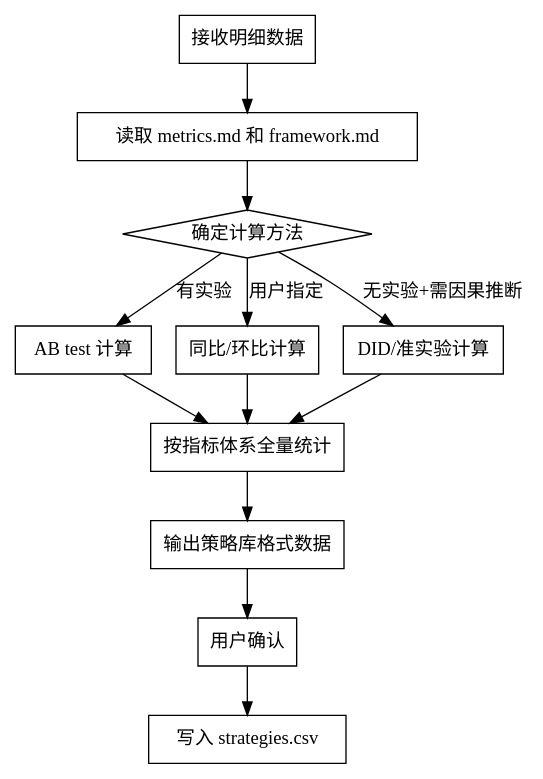
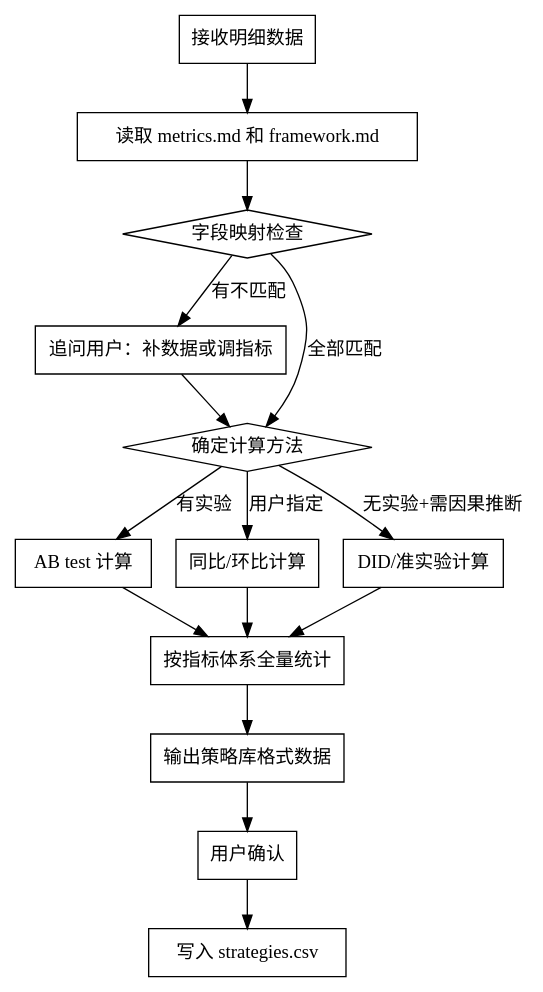
One commit to lixiangwssd/BA-agent-skill changed the diagram in skills/策略优化skill-完整版/skills-效果评估/SKILL.md. Above: the diagram before and after it, drawn with Graphviz. The commit also changed other lines of this file and 4 other files, not shown here.

````diff
--- a/skills/策略优化skill-完整版/skills-效果评估/SKILL.md
+++ b/skills/策略优化skill-完整版/skills-效果评估/SKILL.md
@@ -45,26 +45,31 @@
 ```dot
 digraph evaluation {
     "接收明细数据" [shape=box];
     "读取 metrics.md 和 framework.md" [shape=box];
+    "字段映射检查" [shape=diamond];
+    "追问用户：补数据或调指标" [shape=box];
     "确定计算方法" [shape=diamond];
     "AB test 计算" [shape=box];
     "同比/环比计算" [shape=box];
     "DID/准实验计算" [shape=box];
     "按指标体系全量统计" [shape=box];
     "输出策略库格式数据" [shape=box];
     "用户确认" [shape=box];
     "写入 strategies.csv" [shape=box];
 
     "接收明细数据" -> "读取 metrics.md 和 framework.md";
-    "读取 metrics.md 和 framework.md" -> "确定计算方法";
+    "读取 metrics.md 和 framework.md" -> "字段映射检查";
+    "字段映射检查" -> "追问用户：补数据或调指标" [label="有不匹配"];
+    "字段映射检查" -> "确定计算方法" [label="全部匹配"];
+    "追问用户：补数据或调指标" -> "确定计算方法";
     "确定计算方法" -> "AB test 计算" [label="有实验"];
     "确定计算方法" -> "同比/环比计算" [label="用户指定"];
     "确定计算方法" -> "DID/准实验计算" [label="无实验+需因果推断"];
     "AB test 计算" -> "按指标体系全量统计";
     "同比/环比计算" -> "按指标体系全量统计";
     "DID/准实验计算" -> "按指标体系全量统计";
     "按指标体系全量统计" -> "输出策略库格式数据";
     "输出策略库格式数据" -> "用户确认";
     "用户确认" -> "写入 strategies.csv";
 }
 ```
````
